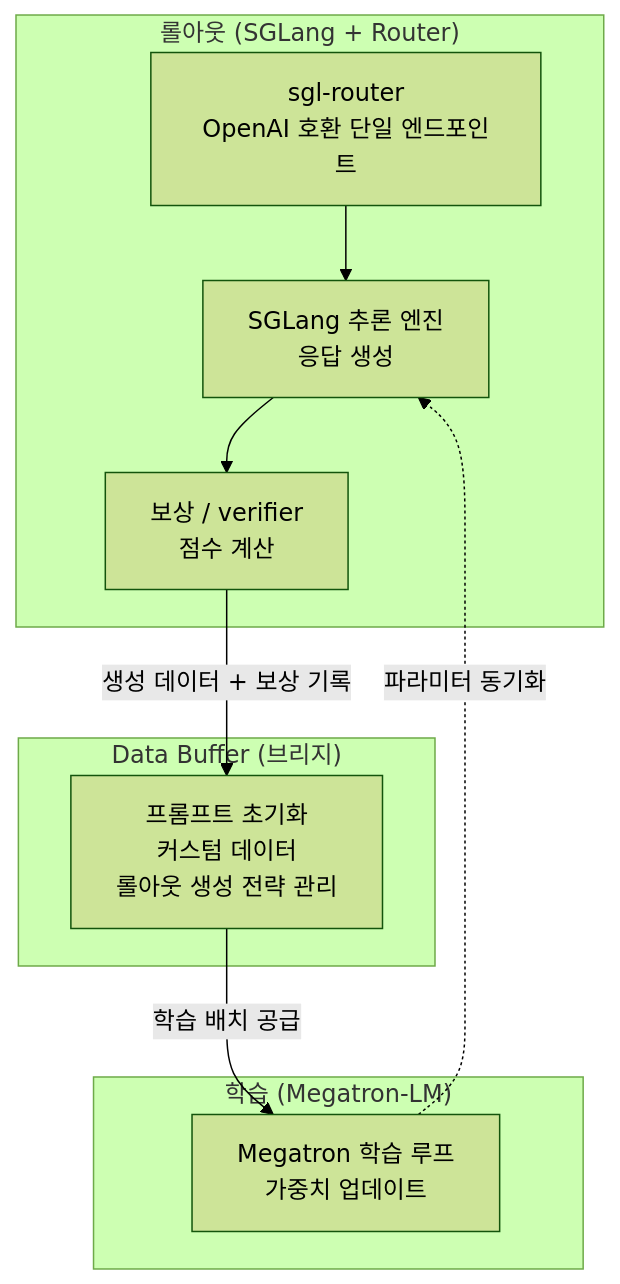
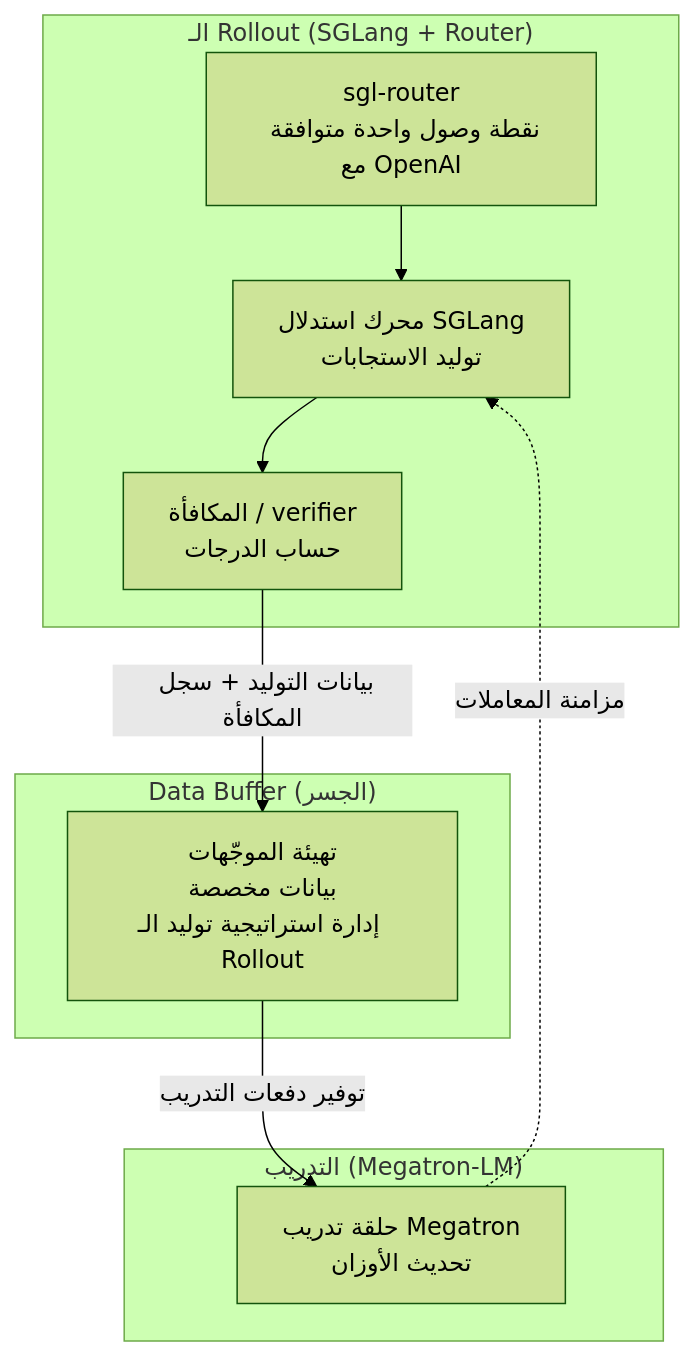
One commit to ThakiCloud/thakicloud.github.io changed the diagram in _posts/ar/llmops/2026-06-27-glm52-slime-rl-framework.md. Above: the diagram before and after it, drawn with Mermaid (forest theme). The commit also changed 21 other files, not shown here.

First line of the commit message:
fix(blog): translate mermaid labels to post language (en/ar)

````diff
--- a/_posts/ar/llmops/2026-06-27-glm52-slime-rl-framework.md
+++ b/_posts/ar/llmops/2026-06-27-glm52-slime-rl-framework.md
@@ -46,20 +46,20 @@
 ```mermaid
 flowchart TB
-    subgraph ROLLOUT["롤아웃 (SGLang + Router)"]
-        SGL["SGLang 추론 엔진<br/>응답 생성"]
-        RT["sgl-router<br/>OpenAI 호환 단일 엔드포인트"]
-        RW["보상 / verifier<br/>점수 계산"]
+    subgraph ROLLOUT["الـ Rollout (SGLang + Router)"]
+        SGL["محرك استدلال SGLang<br/>توليد الاستجابات"]
+        RT["sgl-router<br/>نقطة وصول واحدة متوافقة مع OpenAI"]
+        RW["المكافأة / verifier<br/>حساب الدرجات"]
     end
-    subgraph BUFFER["Data Buffer (브리지)"]
-        DB["프롬프트 초기화<br/>커스텀 데이터<br/>롤아웃 생성 전략 관리"]
+    subgraph BUFFER["Data Buffer (الجسر)"]
+        DB["تهيئة الموجّهات<br/>بيانات مخصصة<br/>إدارة استراتيجية توليد الـ Rollout"]
     end
-    subgraph TRAIN["학습 (Megatron-LM)"]
-        MG["Megatron 학습 루프<br/>가중치 업데이트"]
+    subgraph TRAIN["التدريب (Megatron-LM)"]
+        MG["حلقة تدريب Megatron<br/>تحديث الأوزان"]
     end
 
     RT --> SGL
     SGL --> RW
-    RW -->|"생성 데이터 + 보상 기록"| DB
-    DB -->|"학습 배치 공급"| MG
-    MG -.->|"파라미터 동기화"| SGL
+    RW -->|"بيانات التوليد + سجل المكافأة"| DB
+    DB -->|"توفير دفعات التدريب"| MG
+    MG -.->|"مزامنة المعاملات"| SGL
 ```
````
